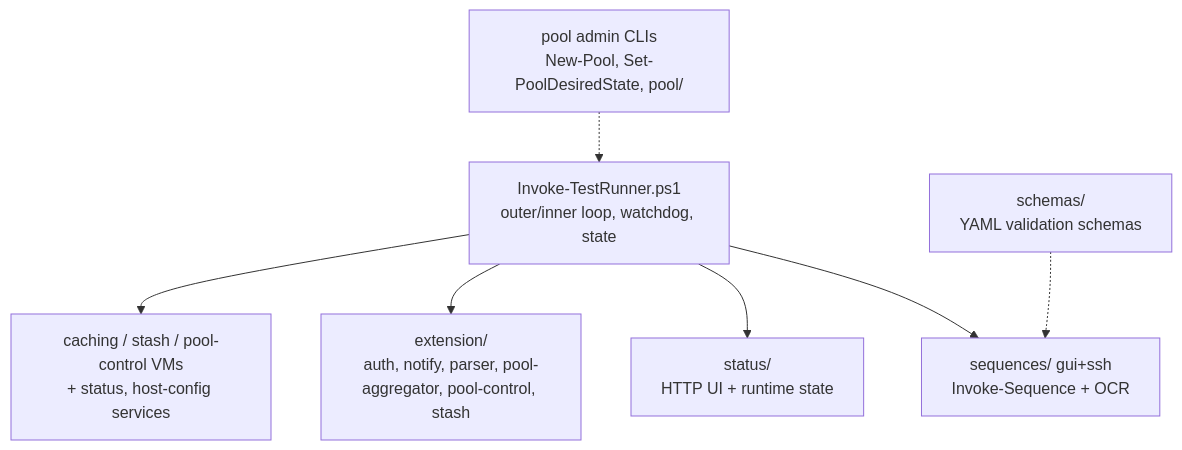
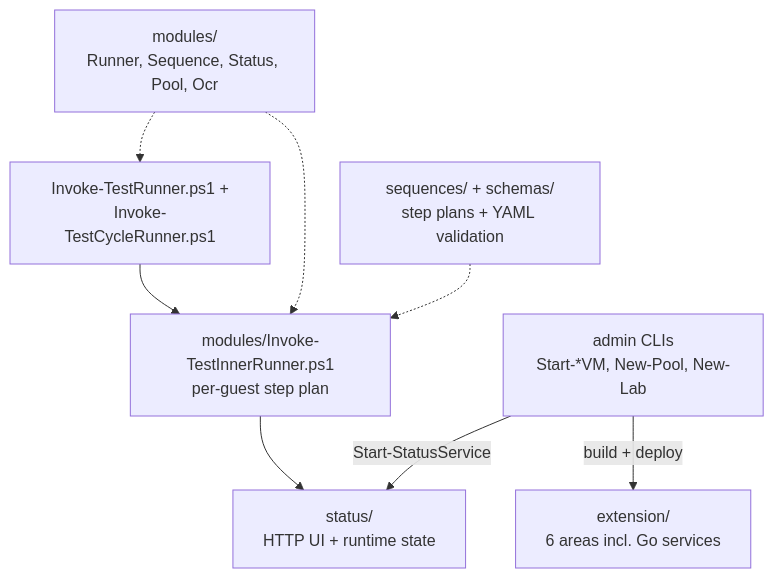
One commit to alissonsol/yuruna changed the fourth of 7 diagrams in docs/design/02-component-breakdown.md. Above: the diagram before and after it, drawn with Mermaid. The commit also changed other lines of this file and 536 other files, not shown here.

````diff
--- a/docs/design/02-component-breakdown.md
+++ b/docs/design/02-component-breakdown.md
@@ -86,17 +167,18 @@
 ```mermaid
 flowchart TD
-    runner[Invoke-TestRunner.ps1<br/>outer/inner loop, watchdog, state]
-    sequences[sequences/ gui+ssh<br/>Invoke-Sequence + OCR]
+    runner[Invoke-TestRunner.ps1 +<br/>Invoke-TestCycleRunner.ps1]
+    inner[modules/Invoke-TestInnerRunner.ps1<br/>per-guest step plan]
+    modules[modules/<br/>Runner, Sequence, Status, Pool, Ocr]
+    plans[sequences/ + schemas/<br/>step plans + YAML validation]
     status[status/<br/>HTTP UI + runtime state]
-    extensions[extension/<br/>auth, notify, parser, pool-aggregator, pool-control, stash]
-    pool[pool admin CLIs<br/>New-Pool, Set-PoolDesiredState, pool/]
-    cache-stash[caching / stash / pool-control VMs<br/>+ status, host-config services]
-    schemas[schemas/<br/>YAML validation schemas]
+    extensions[extension/<br/>6 areas incl. Go services]
+    admin[admin CLIs<br/>Start-*VM, New-Pool, New-Lab]
 
-    runner --> sequences
-    runner --> status
-    runner --> extensions
-    runner --> cache-stash
-    pool -.-> runner
-    schemas -.-> sequences
+    runner --> inner
+    inner --> status
+    modules -.-> runner
+    modules -.-> inner
+    plans -.-> inner
+    admin -->|Start-StatusService| status
+    admin -->|build + deploy| extensions
 ```
````
